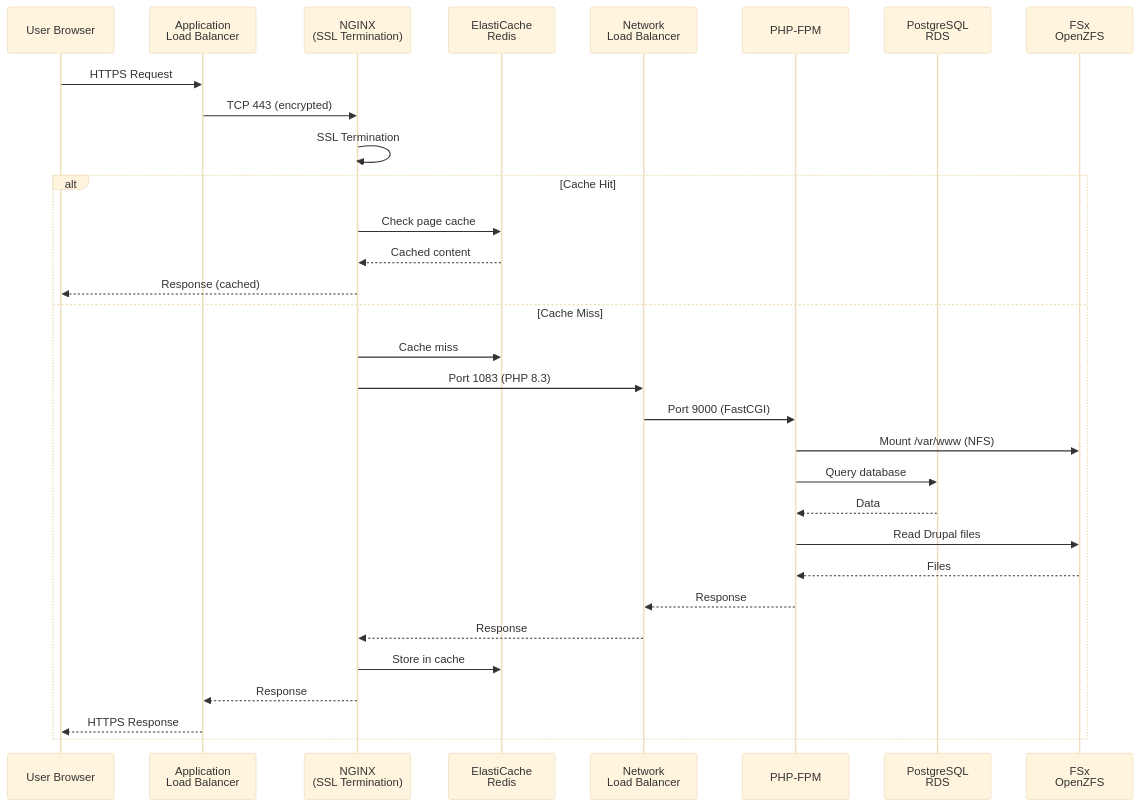
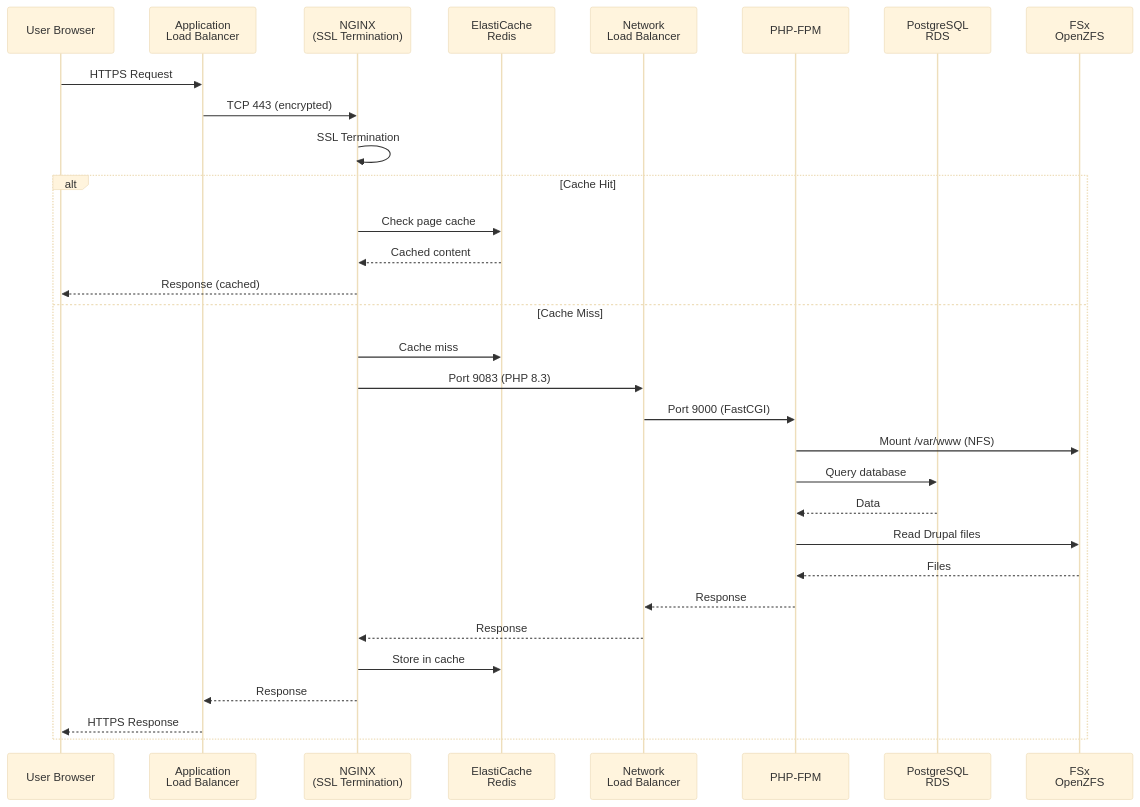
One commit to worx/cf-scalable-web changed the third of 16 diagrams in docs/ARCHITECTURE.md. Above: the diagram before and after it, drawn with Mermaid (base theme). The commit also changed other lines of this file and 21 other files, not shown here.

````diff
--- a/docs/ARCHITECTURE.md
+++ b/docs/ARCHITECTURE.md
@@ -99,35 +99,35 @@
 ```mermaid
 sequenceDiagram
     participant User as User Browser
     participant ALB as Application<br/>Load Balancer
     participant NGINX as NGINX<br/>(SSL Termination)
     participant Redis as ElastiCache<br/>Redis
     participant NLB as Network<br/>Load Balancer
     participant PHP as PHP-FPM
     participant RDS as PostgreSQL<br/>RDS
     participant FSx as FSx<br/>OpenZFS
 
     User->>ALB: HTTPS Request
     ALB->>NGINX: TCP 443 (encrypted)
     NGINX->>NGINX: SSL Termination
 
     alt Cache Hit
         NGINX->>Redis: Check page cache
         Redis-->>NGINX: Cached content
         NGINX-->>User: Response (cached)
     else Cache Miss
         NGINX->>Redis: Cache miss
-        NGINX->>NLB: Port 1083 (PHP 8.3)
+        NGINX->>NLB: Port 9083 (PHP 8.3)
         NLB->>PHP: Port 9000 (FastCGI)
         PHP->>FSx: Mount /var/www (NFS)
         PHP->>RDS: Query database
         RDS-->>PHP: Data
         PHP->>FSx: Read Drupal files
         FSx-->>PHP: Files
         PHP-->>NLB: Response
         NLB-->>NGINX: Response
         NGINX->>Redis: Store in cache
         NGINX-->>ALB: Response
         ALB-->>User: HTTPS Response
     end
 ```
````
